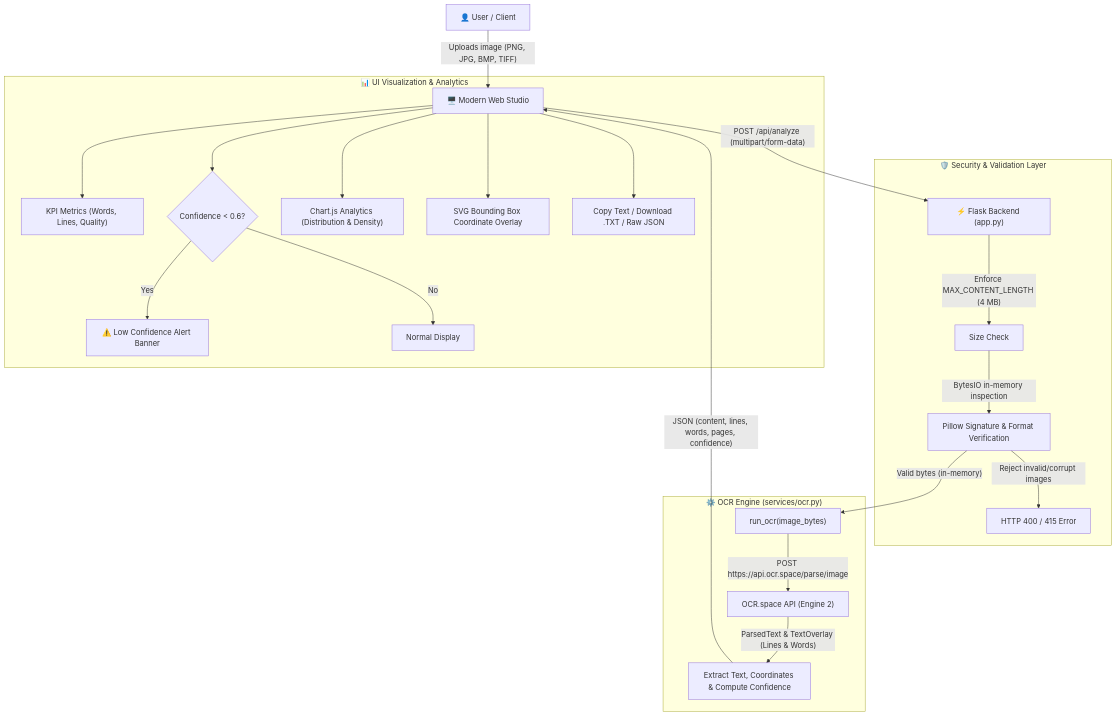
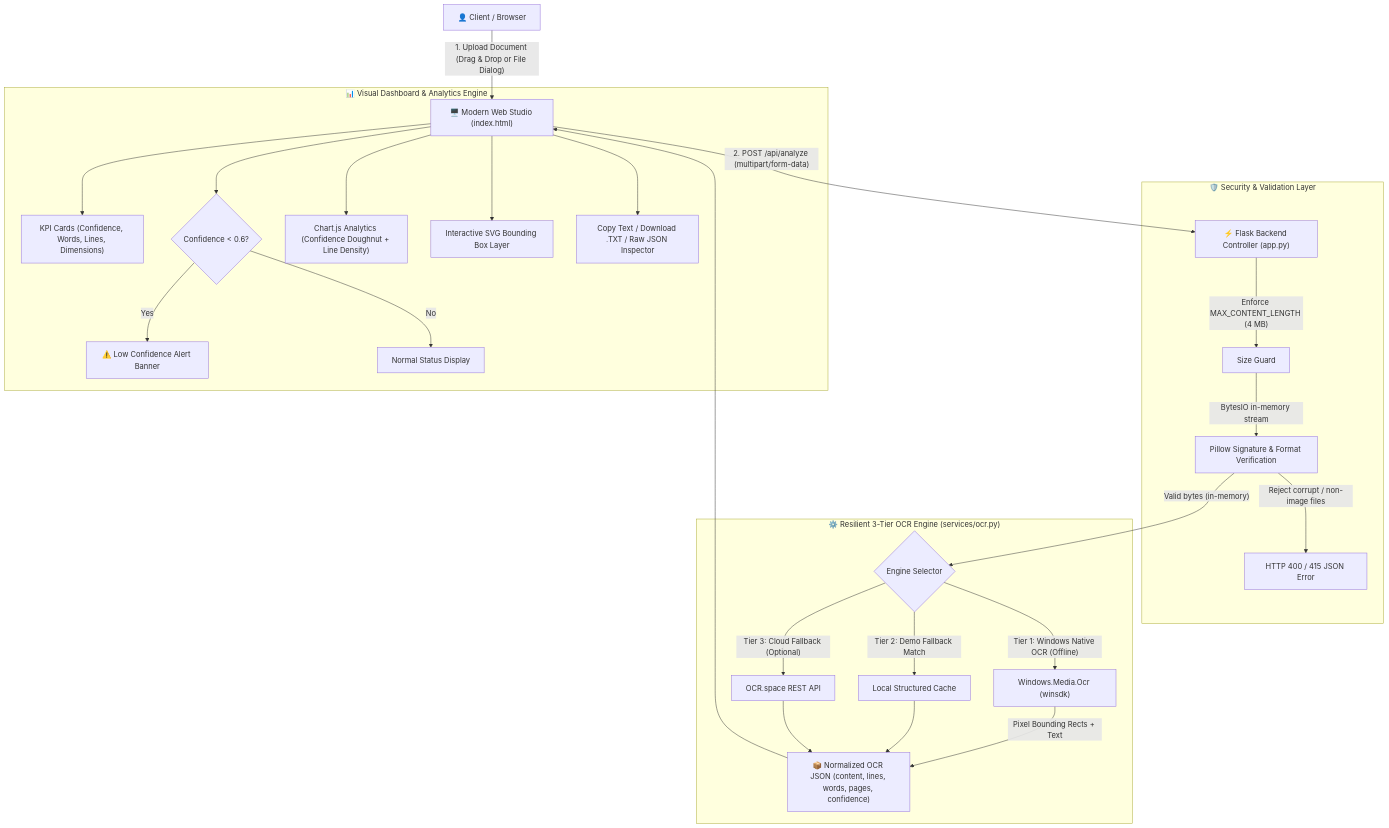
One commit to Mumuksh-Jain/Ai-901-ocr changed the diagram in README.md. Above: the diagram before and after it, drawn with Mermaid. The commit also changed other lines of this file, not shown here.

````diff
--- a/README.md
+++ b/README.md
@@ -73,29 +106,36 @@
 ```mermaid
 flowchart TD
-    User["👤 User / Client"] -->|"Uploads image (PNG, JPG, BMP, TIFF)"| WebUI["🖥️ Modern Web Studio"]
-    WebUI -->|"POST /api/analyze (multipart/form-data)"| Flask["⚡ Flask Backend (app.py)"]
+    User["👤 Client / Browser"] -->|"1. Upload Document (Drag & Drop or File Dialog)"| WebUI["🖥️ Modern Web Studio (index.html)"]
+    WebUI -->|"2. POST /api/analyze (multipart/form-data)"| Flask["⚡ Flask Backend Controller (app.py)"]
     
     subgraph SecurityGate ["🛡️ Security & Validation Layer"]
-        Flask -->|"Enforce MAX_CONTENT_LENGTH (4 MB)"| ValSize["Size Check"]
-        ValSize -->|"BytesIO in-memory inspection"| PilVal["Pillow Signature & Format Verification"]
-        PilVal -->|"Reject invalid/corrupt images"| ErrResp["HTTP 400 / 415 Error"]
+        Flask -->|"Enforce MAX_CONTENT_LENGTH (4 MB)"| ValSize["Size Guard"]
+        ValSize -->|"BytesIO in-memory stream"| PilVal["Pillow Signature & Format Verification"]
+        PilVal -->|"Reject corrupt / non-image files"| ErrResp["HTTP 400 / 415 JSON Error"]
     end
     
-    subgraph OCREngine ["⚙️ OCR Engine (services/ocr.py)"]
-        PilVal -->|"Valid bytes (in-memory)"| OCRService["run_ocr(image_bytes)"]
-        OCRService -->|"POST https://api.ocr.space/parse/image"| OCRSpace["OCR.space API (Engine 2)"]
-        OCRSpace -->|"ParsedText & TextOverlay (Lines & Words)"| ResponseParser["Extract Text, Coordinates & Compute Confidence"]
+    subgraph OCRCore ["⚙️ Resilient 3-Tier OCR Engine (services/ocr.py)"]
+        PilVal -->|"Valid bytes (in-memory)"| EngineRouter{"Engine Selector"}
+        
+        EngineRouter -->|"Tier 1: Windows Native OCR (Offline)"| WinOCR["Windows.Media.Ocr (winsdk)"]
+        WinOCR -->|"Pixel Bounding Rects + Text"| NormalizedPayload
+        
+        EngineRouter -->|"Tier 2: Demo Fallback Match"| DemoCache["Local Structured Cache"]
+        DemoCache --> NormalizedPayload
+        
+        EngineRouter -->|"Tier 3: Cloud Fallback (Optional)"| OCRSpace["OCR.space REST API"]
+        OCRSpace --> NormalizedPayload
     end
     
-    ResponseParser -->|"JSON (content, lines, words, pages, confidence)"| WebUI
+    NormalizedPayload["📦 Normalized OCR JSON (content, lines, words, pages, confidence)"] --> WebUI
     
-    subgraph UIComponents ["📊 UI Visualization & Analytics"]
-        WebUI --> KPICards["KPI Metrics (Words, Lines, Quality)"]
+    subgraph UIComponents ["📊 Visual Dashboard & Analytics Engine"]
+        WebUI --> KPICards["KPI Cards (Confidence, Words, Lines, Dimensions)"]
         WebUI --> ConfidenceCheck{"Confidence < 0.6?"}
         ConfidenceCheck -->|"Yes"| WarningBanner["⚠️ Low Confidence Alert Banner"]
-        ConfidenceCheck -->|"No"| SafeBanner["Normal Display"]
-        WebUI --> ChartEngine["Chart.js Analytics (Distribution & Density)"]
-        WebUI --> BoxOverlay["SVG Bounding Box Coordinate Overlay"]
-        WebUI --> TextExport["Copy Text / Download .TXT / Raw JSON"]
+        ConfidenceCheck -->|"No"| NormalDisplay["Normal Status Display"]
+        WebUI --> ChartEngine["Chart.js Analytics (Confidence Doughnut + Line Density)"]
+        WebUI --> SVGInspector["Interactive SVG Bounding Box Layer"]
+        WebUI --> ExportTools["Copy Text / Download .TXT / Raw JSON Inspector"]
     end
 ```
````
